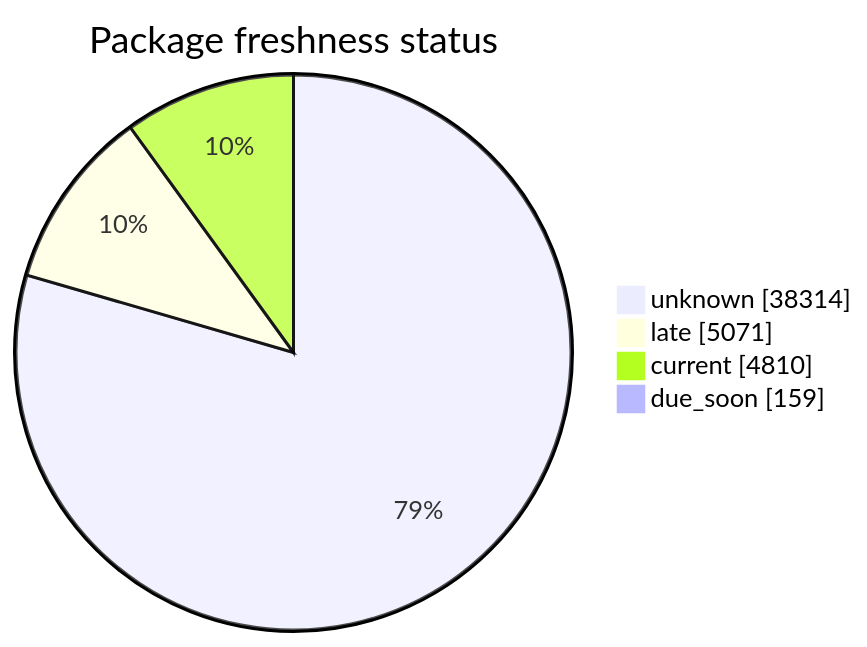
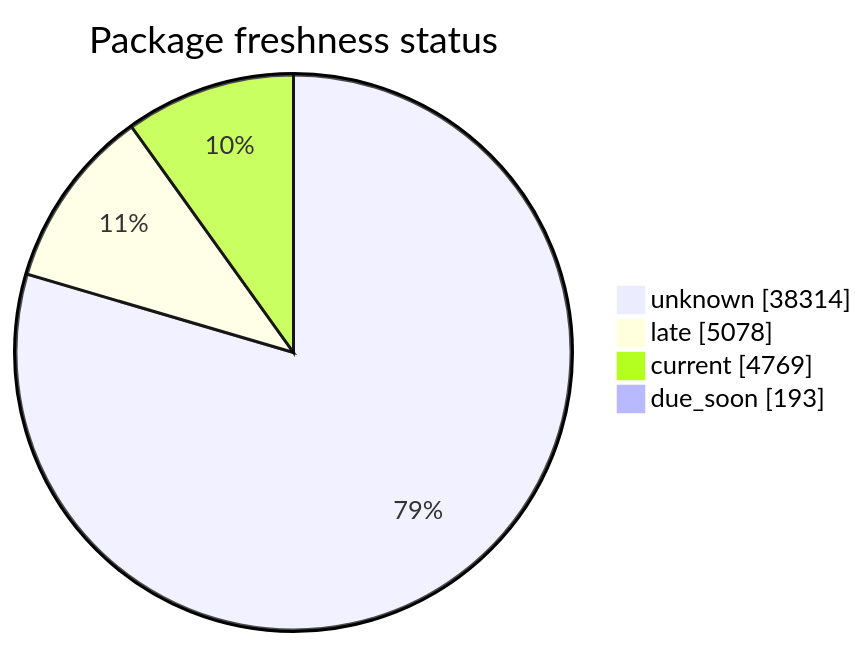
One commit to open-data/analytics-corporate-reporting changed the second of 5 diagrams in FreshCheck/README.md. Above: the diagram before and after it, drawn with Mermaid. The commit also changed other lines of this file and 3 other files, not shown here.

````diff
--- a/FreshCheck/README.md
+++ b/FreshCheck/README.md
@@ -68,7 +68,7 @@
 ```mermaid
 pie showData title Package freshness status
     "unknown": 38314
-    "late": 5071
-    "current": 4810
-    "due_soon": 159
+    "late": 5078
+    "current": 4769
+    "due_soon": 193
 ```
````
